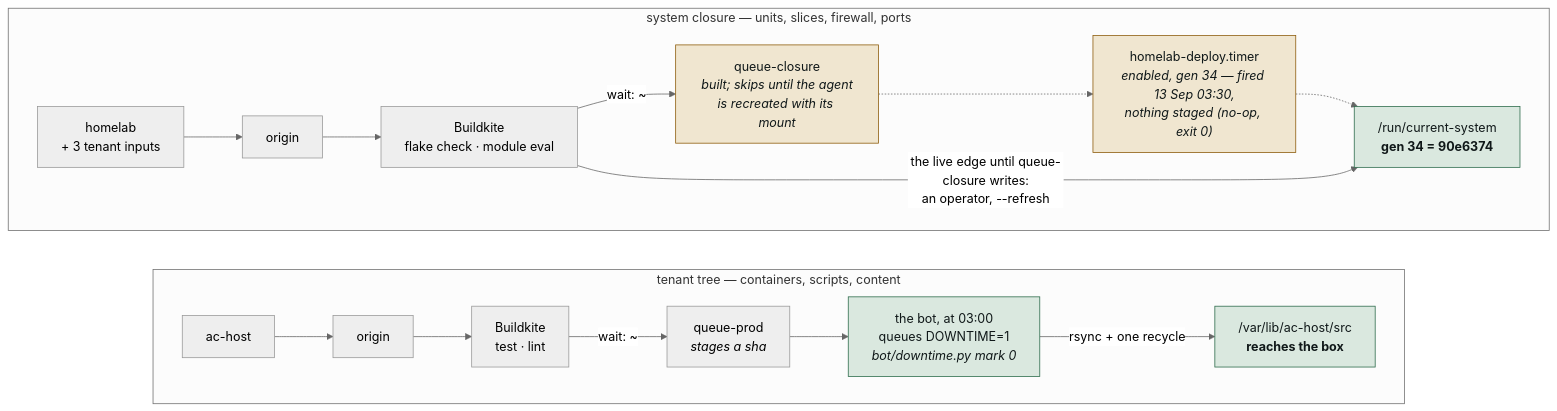
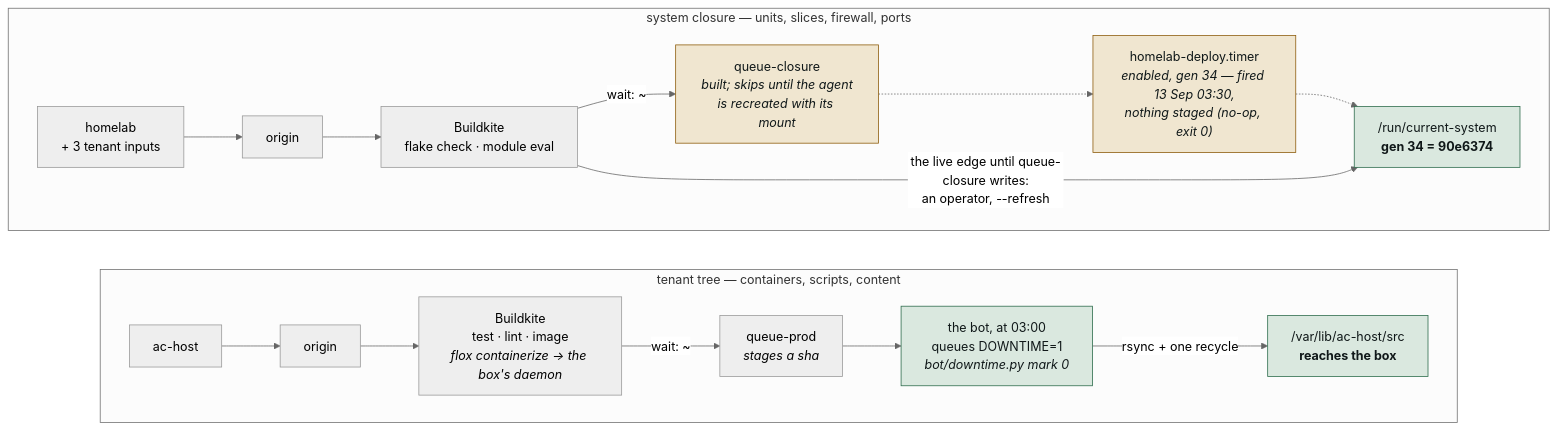
Before and after one commit to imkarrer/homelab: the second of 5 diagrams in docs/architecture.md, drawn with Mermaid (neutral theme). The commit also changed other lines of this file, not shown here.

Commit message:
architecture: the tenant path's CI step now loads the image into the daemon (bead ybm)

````diff
--- a/docs/architecture.md
+++ b/docs/architecture.md
@@ -62,28 +62,28 @@
 ```mermaid
 flowchart LR
     subgraph TENANT ["tenant tree — containers, scripts, content"]
         direction LR
         A1["ac-host"] --> A2["origin"]
-        A2 --> A3["Buildkite<br/>test · lint"]
+        A2 --> A3["Buildkite<br/>test · lint · image<br/><i>flox containerize → the box's daemon</i>"]
         A3 -- "wait: ~" --> A4["queue-prod<br/><i>stages a sha</i>"]
         A4 --> A5["the bot, at 03:00<br/>queues DOWNTIME=1<br/><i>bot/downtime.py mark 0</i>"]
         A5 -- "rsync + one recycle" --> A6["/var/lib/ac-host/src<br/><b>reaches the box</b>"]
     end
 
     subgraph CLOSURE ["system closure — units, slices, firewall, ports"]
         direction LR
         B1["homelab<br/>+ 3 tenant inputs"] --> B2["origin"]
         B2 --> B3["Buildkite<br/>flake check · module eval"]
         B3 -- "wait: ~" --> B4["queue-closure<br/><i>built; skips until the agent<br/>is recreated with its mount</i>"]
         B4 -.-> B5["homelab-deploy.timer<br/><i>enabled, gen 34 — fired 13 Sep 03:30,<br/>nothing staged (no-op, exit 0)</i>"]
         B5 -.-> B6["/run/current-system<br/><b>gen 34 = 90e6374</b>"]
         B3 -- "the live edge until queue-closure writes:<br/>an operator, --refresh" --> B6
     end
 
     classDef ok fill:#dae8df,stroke:#2c6b4b,color:#101819;
     classDef gap fill:#f0dcda,stroke:#8f2f29,color:#101819;
     classDef pend fill:#f0e6d0,stroke:#8d5c0c,color:#101819;
     class A5,A6 ok;
     class B4,B5 pend;
     class B6 ok;
 ```
````
